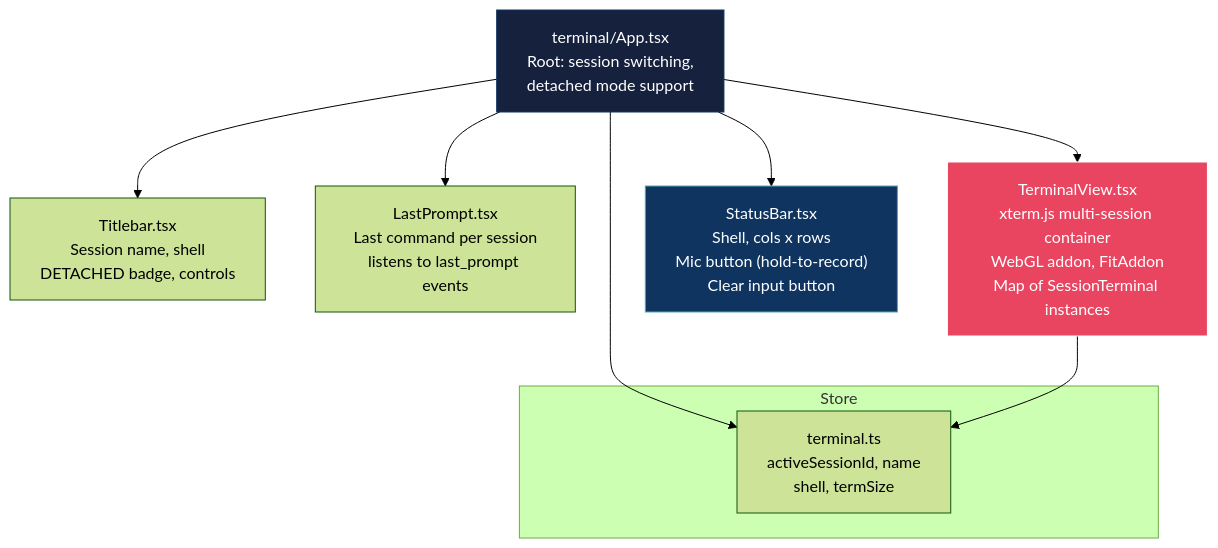
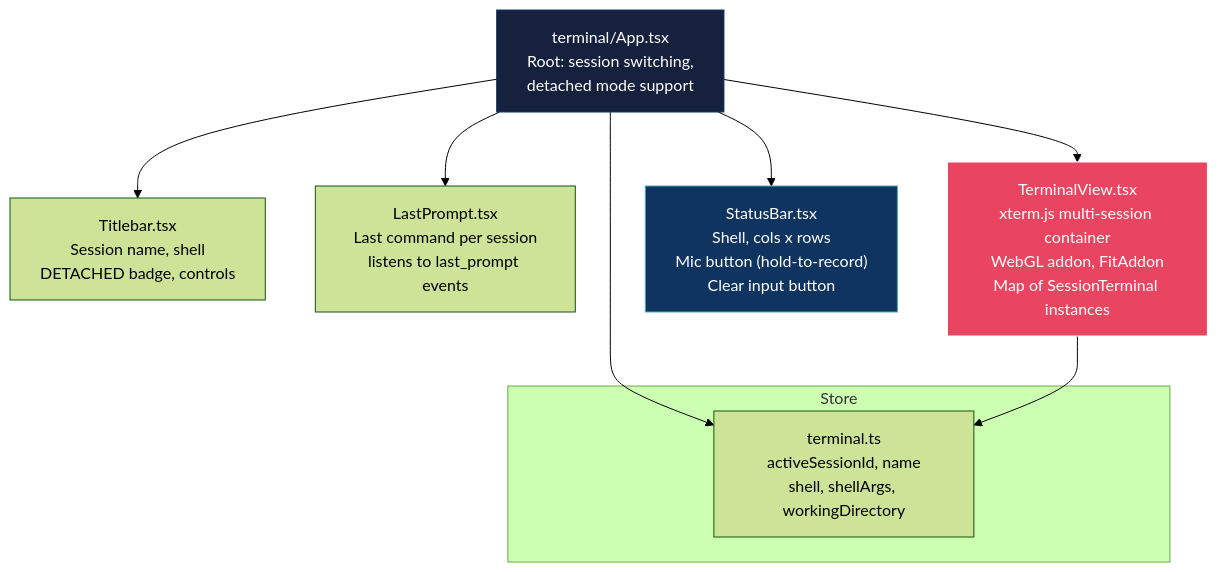
One commit to mblua/agentscommander changed the fourth of 15 diagrams in docs/architecture.md. Above: the diagram before and after it, drawn with Mermaid (forest theme). The commit also changed other lines of this file and 3 other files, not shown here.

First line of the commit message:
chore(terminal): remove dead termSize signal and call sites

````diff
--- a/docs/architecture.md
+++ b/docs/architecture.md
@@ -200,20 +200,20 @@
 ```mermaid
 graph TD
     TA["terminal/App.tsx<br/>Root: session switching,<br/>detached mode support"]
 
     TA --> TTB["Titlebar.tsx<br/>Session name, shell<br/>DETACHED badge, controls"]
     TA --> LP["LastPrompt.tsx<br/>Last command per session<br/>listens to last_prompt events"]
     TA --> TV["TerminalView.tsx<br/>xterm.js multi-session container<br/>WebGL addon, FitAddon<br/>Map of SessionTerminal instances"]
     TA --> SB["StatusBar.tsx<br/>Shell, cols x rows<br/>Mic button (hold-to-record)<br/>Clear input button"]
 
     subgraph "Store"
-        TS["terminal.ts<br/>activeSessionId, name<br/>shell, termSize"]
+        TS["terminal.ts<br/>activeSessionId, name<br/>shell, shellArgs, workingDirectory"]
     end
 
     TA --> TS
     TV --> TS
 
     style TA fill:#16213e,stroke:#0f3460,color:#fff
     style TV fill:#e94560,stroke:#fff,color:#fff
     style SB fill:#0f3460,stroke:#53a8b6,color:#fff
 ```
````
